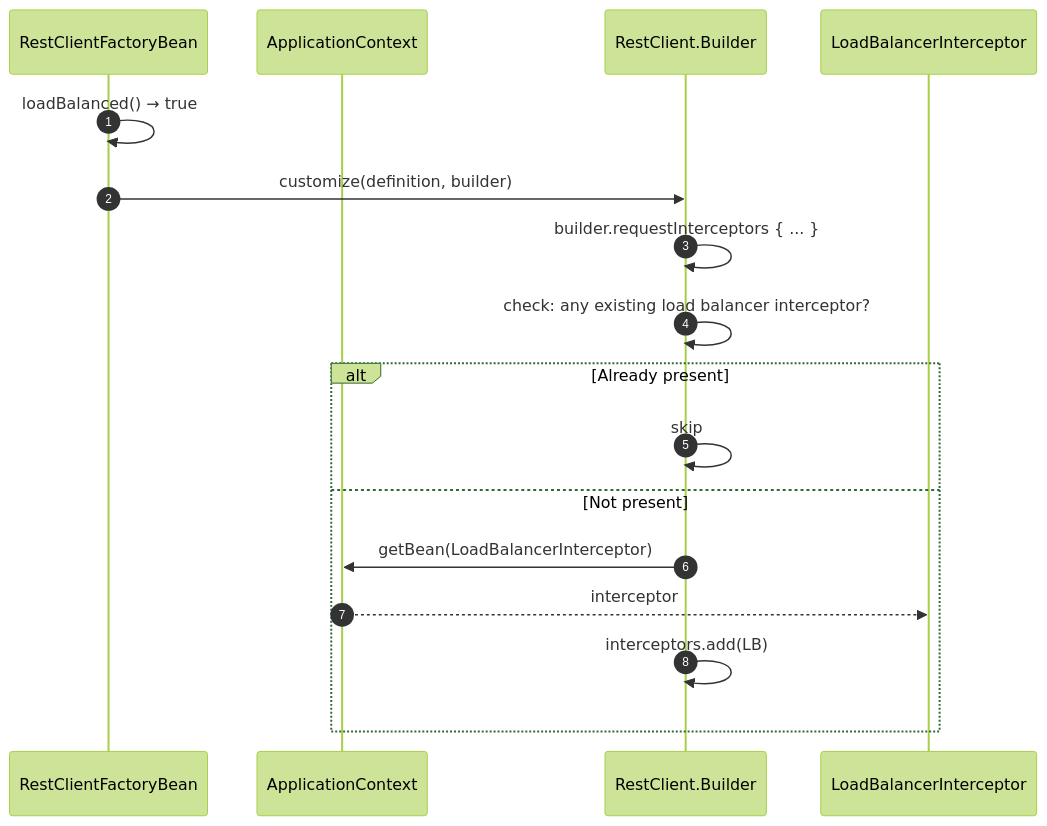
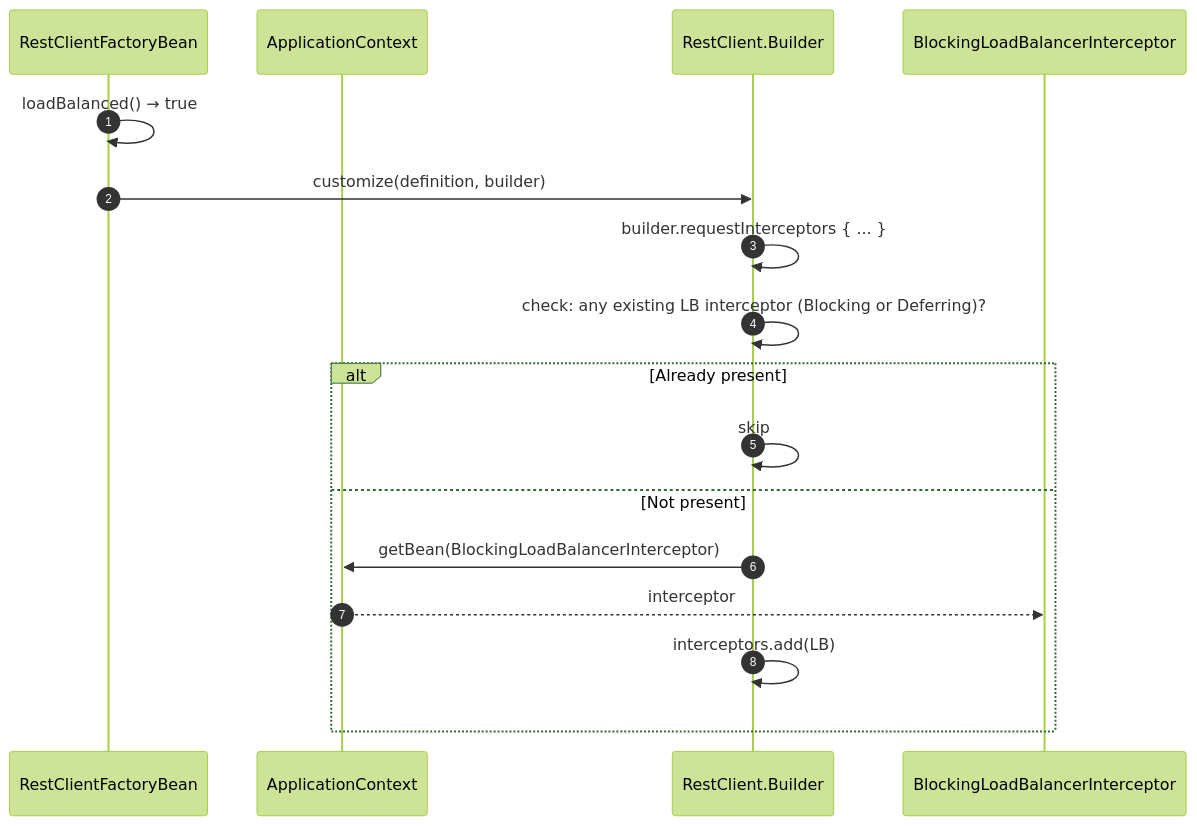
Before and after one commit to Ahoo-Wang/CoApi: the fourth of 4 diagrams in wiki/deep-dive/load-balancing.md, drawn with Mermaid (forest theme). The commit also changed other lines of this file and 7 other files, not shown here.

````diff
--- a/wiki/deep-dive/load-balancing.md
+++ b/wiki/deep-dive/load-balancing.md
@@ -126,20 +130,20 @@
 ```mermaid
 sequenceDiagram
     autonumber
     participant FB as RestClientFactoryBean
     participant CTX as ApplicationContext
     participant Builder as RestClient.Builder
-    participant LB as LoadBalancerInterceptor
+    participant LB as BlockingLoadBalancerInterceptor
 
     FB->>FB: loadBalanced() → true
     FB->>Builder: customize(definition, builder)
     Builder->>Builder: builder.requestInterceptors { ... }
-    Builder->>Builder: check: any existing load balancer interceptor?
+    Builder->>Builder: check: any existing LB interceptor (Blocking or Deferring)?
     alt Already present
         Builder->>Builder: skip
     else Not present
-        Builder->>CTX: getBean(LoadBalancerInterceptor)
+        Builder->>CTX: getBean(BlockingLoadBalancerInterceptor)
         CTX-->>LB: interceptor
         Builder->>Builder: interceptors.add(LB)
     end
 ```
````
